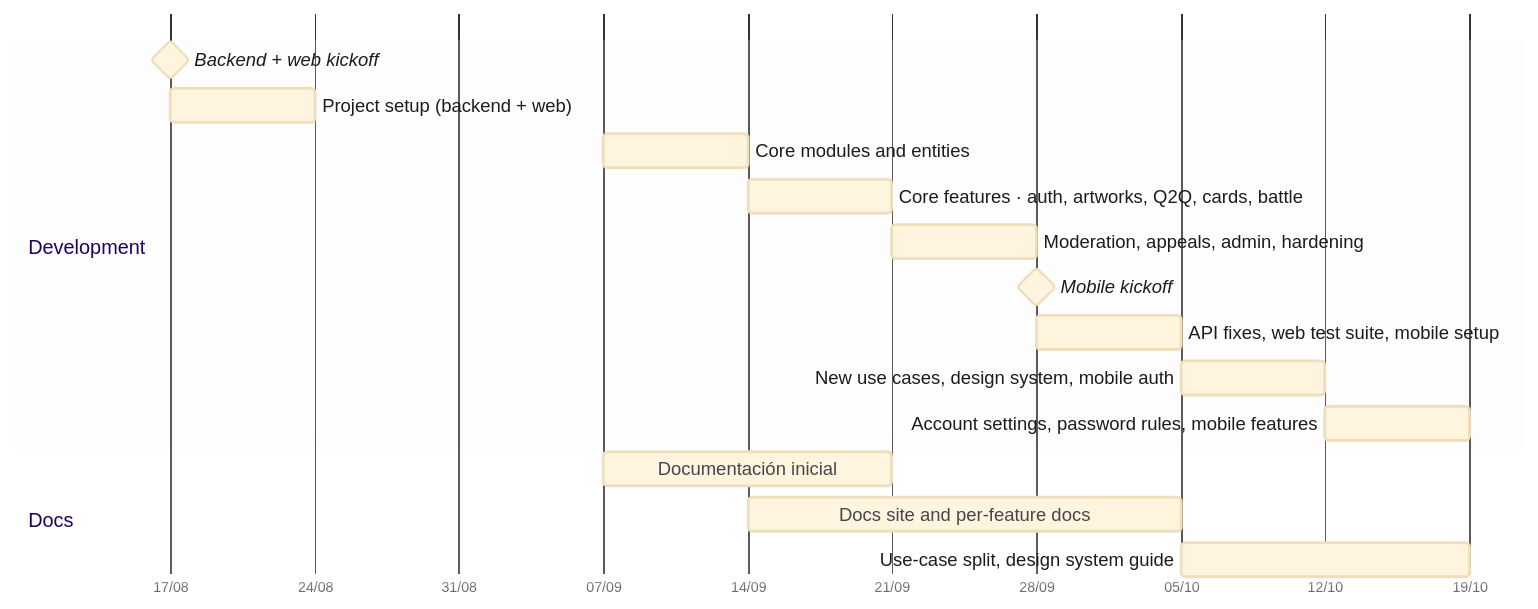
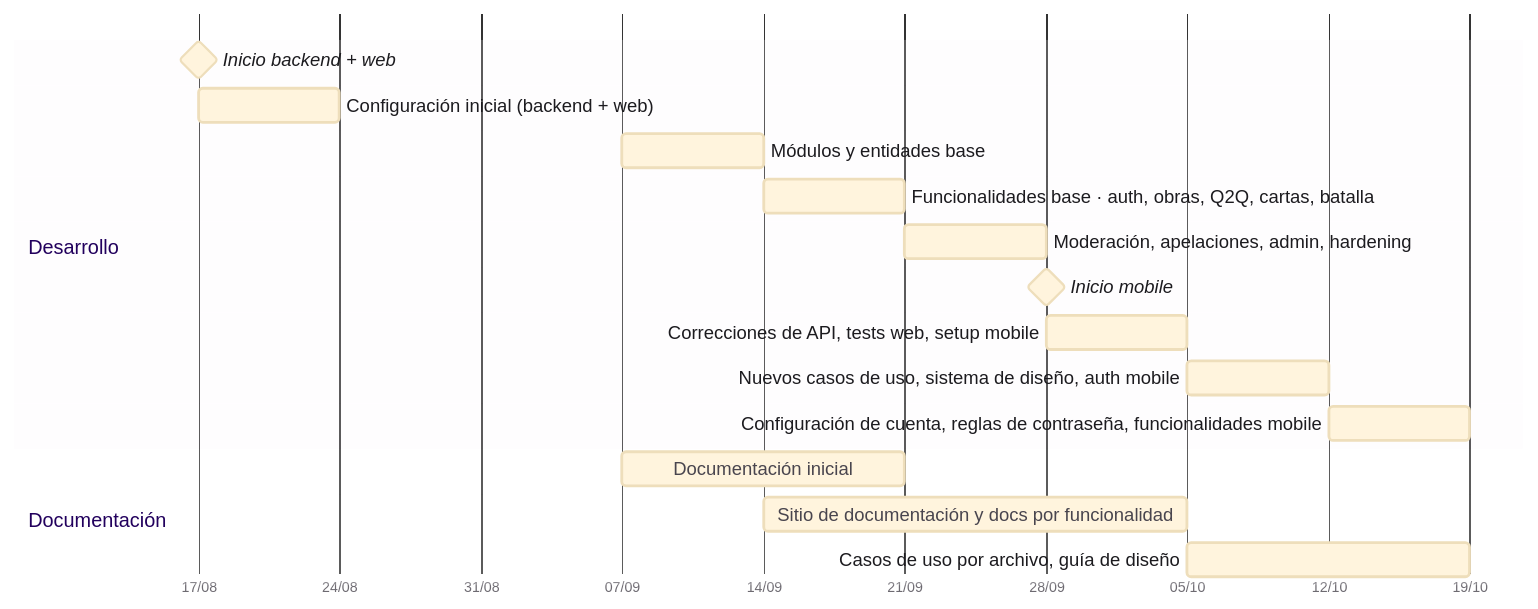
One commit to Solaris-99/pandora-docs changed the first of 2 diagrams in project-timeline.md. Above: the diagram before and after it, drawn with Mermaid. The commit also changed other lines of this file and 2 other files, not shown here.

Commit message:
translate to spanish

````diff
--- a/project-timeline.md
+++ b/project-timeline.md
@@ -11,40 +11,40 @@
 ```mermaid
 %%{init: {
   "theme": "base",
   "themeVariables": {
     "fontSize": "13px",
     "textColor": "#49454e",
     "titleColor": "#22005d",
     "gridColor": "#e6e0e9",
     "sectionBkgColor": "#f7f2fa",
     "altSectionBkgColor": "#ffffff",
     "sectionBkgColor2": "#f7f2fa",
     "taskTextOutsideColor": "#1c1b1f",
     "taskTextDarkColor": "#1c1b1f"
   },
-  "gantt": { "barHeight": 24, "barGap": 8, "topPadding": 40, "leftPadding": 110, "gridLineStartPadding": 30, "fontSize": 13, "sectionFontSize": 14, "numberSectionStyles": 2 },
+  "gantt": { "barHeight": 24, "barGap": 8, "topPadding": 40, "leftPadding": 130, "gridLineStartPadding": 30, "fontSize": 13, "sectionFontSize": 14, "numberSectionStyles": 2 },
   "themeCSS": ".task0{fill:#6d3bd7;stroke:#4a1fa8} .task1{fill:#cac4d0;stroke:#7a7580} .taskText0{fill:#fff} .taskText1{fill:#1c1b1f} .milestone{fill:#22005d;stroke:#22005d} .sectionTitle{font-weight:600}"
 }}%%
 gantt
     dateFormat YYYY-MM-DD
     axisFormat %d/%m
     tickInterval 1week
     weekday monday
     todayMarker off
 
-    section Development
-    Backend + web kickoff                          :milestone, s0, 2026-08-17, 0d
-    Project setup (backend + web)                  :s1, 2026-08-17, 7d
-    Core modules and entities                      :s2, 2026-09-07, 7d
-    Core features · auth, artworks, Q2Q, cards, battle :s3, 2026-09-14, 7d
-    Moderation, appeals, admin, hardening          :s4, 2026-09-21, 7d
-    Mobile kickoff                                 :milestone, s5, 2026-09-28, 0d
-    API fixes, web test suite, mobile setup        :s6, 2026-09-28, 7d
-    New use cases, design system, mobile auth      :s7, 2026-10-05, 7d
-    Account settings, password rules, mobile features :s8, 2026-10-12, 7d
+    section Desarrollo
+    Inicio backend + web                           :milestone, s0, 2026-08-17, 0d
+    Configuración inicial (backend + web)          :s1, 2026-08-17, 7d
+    Módulos y entidades base                       :s2, 2026-09-07, 7d
+    Funcionalidades base · auth, obras, Q2Q, cartas, batalla :s3, 2026-09-14, 7d
+    Moderación, apelaciones, admin, hardening      :s4, 2026-09-21, 7d
+    Inicio mobile                                  :milestone, s5, 2026-09-28, 0d
+    Correcciones de API, tests web, setup mobile   :s6, 2026-09-28, 7d
+    Nuevos casos de uso, sistema de diseño, auth mobile :s7, 2026-10-05, 7d
+    Configuración de cuenta, reglas de contraseña, funcionalidades mobile :s8, 2026-10-12, 7d
 
-    section Docs
+    section Documentación
     Documentación inicial                          :t1, 2026-09-07, 14d
-    Docs site and per-feature docs                 :t2, 2026-09-14, 21d
-    Use-case split, design system guide            :t3, 2026-10-05, 14d
+    Sitio de documentación y docs por funcionalidad :t2, 2026-09-14, 21d
+    Casos de uso por archivo, guía de diseño       :t3, 2026-10-05, 14d
 ```
````
